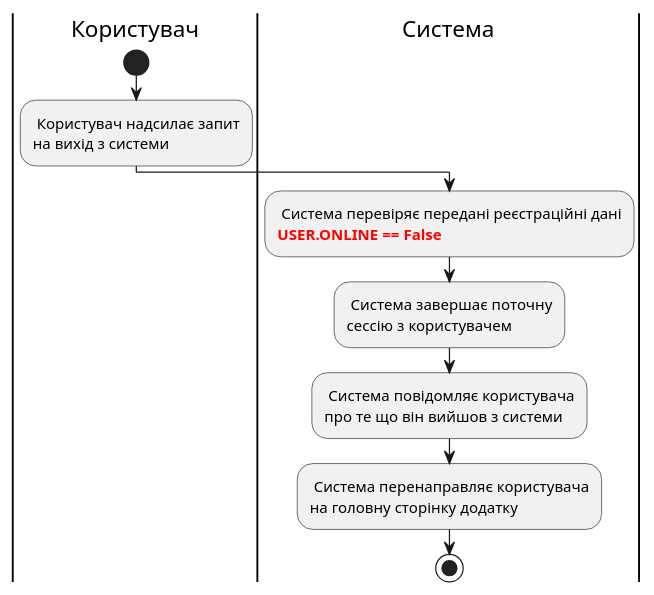
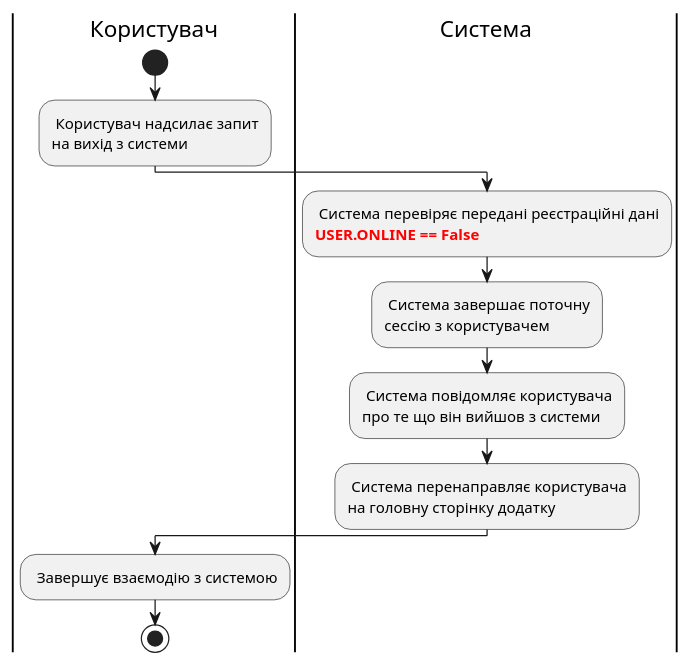
One commit to anastasiadyvnich/edu_db_labs changed the sixth of 14 diagrams in docs/use cases/README.md. Above: the diagram before and after it, drawn with PlantUML. The commit also changed other lines of this file, not shown here.

```diff
--- a/docs/use cases/README.md
+++ b/docs/use cases/README.md
@@ -200,23 +203,26 @@
 @startuml
 
     |Користувач|
     start
     : Користувач надсилає запит
     на вихід з системи;
 
     |Система|
     : Система перевіряє передані реєстраційні дані
     <font color="red"><b>USER.ONLINE == False;
 
     : Система завершає поточну
     сессію з користувачем;
 
     : Система повідомляє користувача
     про те що він вийшов з системи;
 
     : Система перенаправляє користувача
     на головну сторінку додатку;
 
+    |Користувач|
+    : Завершує взаємодію з системою;
+
     stop;
 
 @enduml
```
